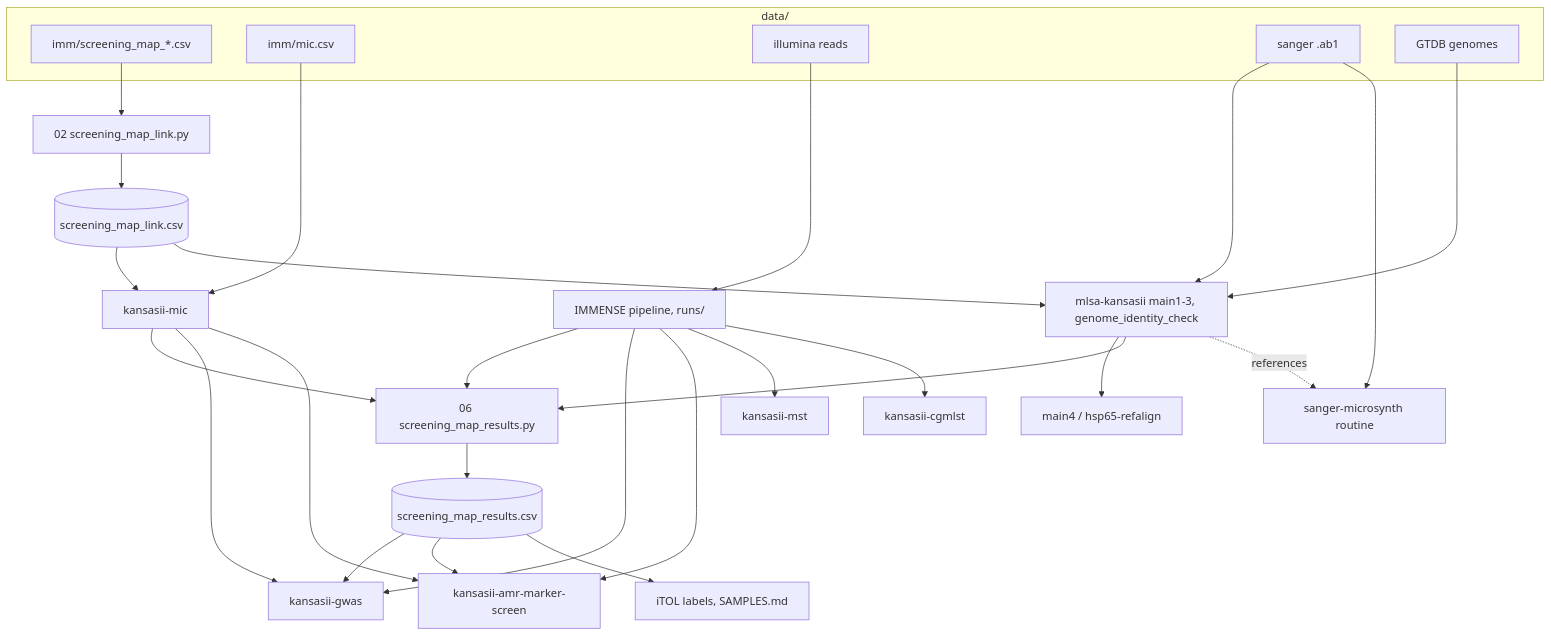
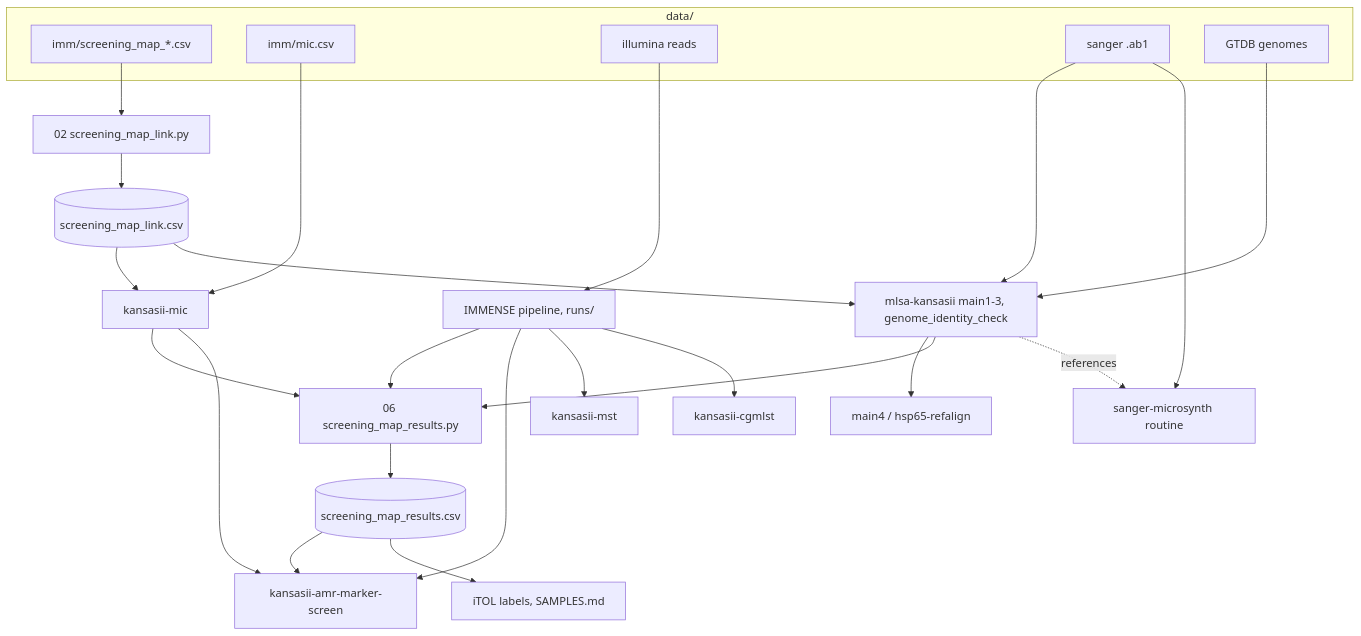
One commit to michaelmeuli/kansasii-docs changed the diagram in docs/DATAFLOW.md. Above: the diagram before and after it, drawn with Mermaid. The commit also changed other lines of this file and 2 other files, not shown here.

Commit message:
Remove kansasii-gwas from the project

````diff
--- a/docs/DATAFLOW.md
+++ b/docs/DATAFLOW.md
@@ -6,34 +6,31 @@
 ```mermaid
 flowchart TD
   subgraph inputs [data/]
     SM[imm/screening_map_*.csv]
     MICIN[imm/mic.csv]
     READS[illumina reads]
     SANG[sanger .ab1]
     GTDB[GTDB genomes]
   end
   SM --> LINK[02 screening_map_link.py]
   LINK --> LT[(screening_map_link.csv)]
   READS --> PIPE[IMMENSE pipeline, runs/]
   LT --> MIC[kansasii-mic]
   MICIN --> MIC
   GTDB --> MLSA[mlsa-kansasii main1-3, genome_identity_check]
   SANG --> MLSA
   LT --> MLSA
   MLSA --> M4[main4 / hsp65-refalign]
   MIC --> RES[06 screening_map_results.py]
   MLSA --> RES
   PIPE --> RES
   RES --> RT[(screening_map_results.csv)]
-  RT --> GWAS[kansasii-gwas]
   RT --> ARM[kansasii-amr-marker-screen]
-  MIC --> GWAS
   MIC --> ARM
-  PIPE --> GWAS
   PIPE --> ARM
   PIPE --> MST[kansasii-mst]
   PIPE --> CG[kansasii-cgmlst]
   RT --> ITOL[iTOL labels, SAMPLES.md]
   SANG --> MS[sanger-microsynth routine]
   MLSA -.references.-> MS
 ```
````
